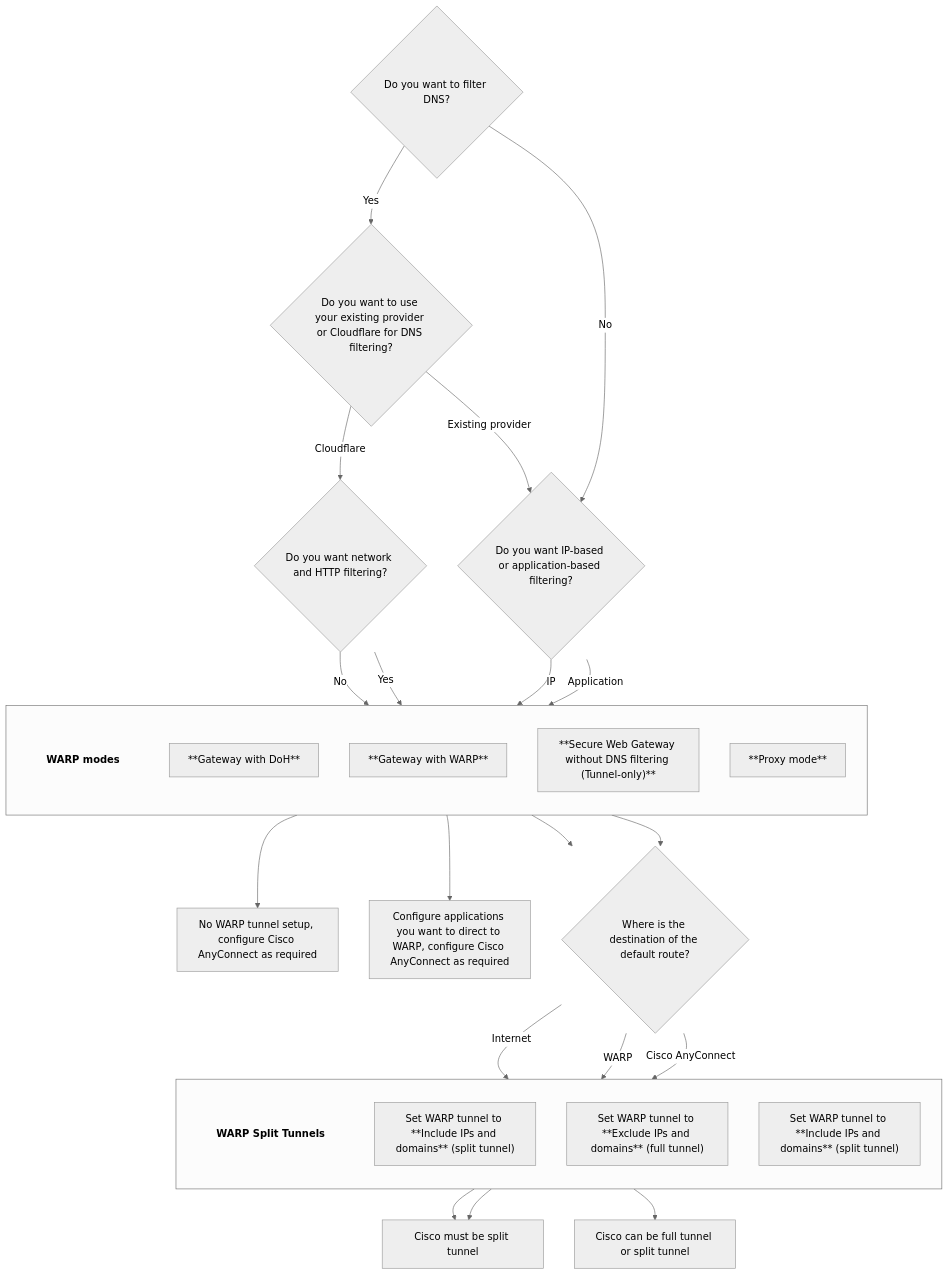
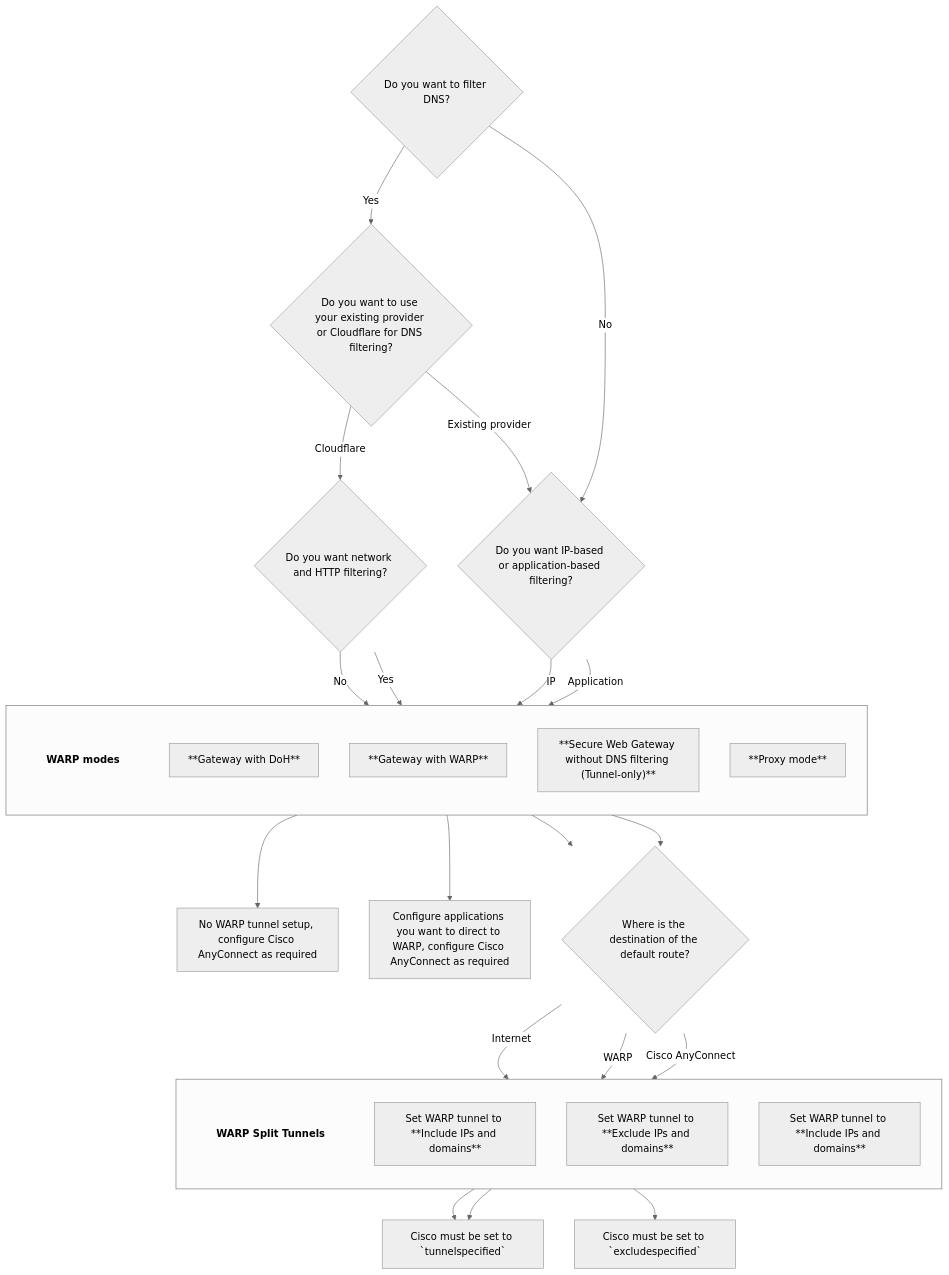
Before and after one commit to cloudflare/cloudflare-docs: the diagram in src/content/docs/cloudflare-one/team-and-resources/devices/warp/deployment/cisco.mdx, drawn with Mermaid (neutral theme). The commit also changed other lines of this file and 1 other file, not shown here.

````diff
--- a/src/content/docs/cloudflare-one/team-and-resources/devices/warp/deployment/cisco.mdx
+++ b/src/content/docs/cloudflare-one/team-and-resources/devices/warp/deployment/cisco.mdx
@@ -105,57 +101,56 @@
 ```mermaid
 flowchart TD
     A{"Do you want to filter DNS?"}
 
     A -- Yes --> B{"Do you want to use your existing provider or Cloudflare for DNS filtering?"}
     A -- No --> C{"Do you want IP-based or application-based filtering?"}
 
     B -- Cloudflare --> D{"Do you want network and HTTP filtering?"}
     B -- Existing provider --> C
 
     %% WARP modes (internal label)
     subgraph WM[" "]
         direction TB
         WMLabel["WARP modes"]:::sgLabel
         E["**Gateway with DoH**"]
         F["**Gateway with WARP**"]
         G["**Secure Web Gateway without DNS filtering (Tunnel-only)**"]
         H["**Proxy mode**"]
     end
 
     D -- No --> E
     D -- Yes --> F
 
     E --> E1["No WARP tunnel setup, configure Cisco AnyConnect as required"]
 
     C -- IP --> G
     C -- Application --> H
 
     H --> H1["Configure applications you want to direct to WARP, configure Cisco AnyConnect as required"]
 
     %% Routing decision applies when WARP tunnel is active
     F --> I{"Where is the destination of the default route?"}
     G --> I
 
     %% WARP Split Tunnels (internal label)
     subgraph ST[" "]
         direction TB
         STLabel["WARP Split Tunnels"]:::sgLabel
-        J["Set WARP tunnel to **Include IPs and domains** (split tunnel)"]
-        K["Set WARP tunnel to **Exclude IPs and domains** (full tunnel)"]
-        L["Set WARP tunnel to **Include IPs and domains** (split tunnel)"]
+        J["Set WARP tunnel to **Include IPs and domains**"]
+        K["Set WARP tunnel to **Exclude IPs and domains**"]
+        L["Set WARP tunnel to **Include IPs and domains**"]
     end
 
     I -- Internet --> J
     I -- WARP --> K
     I -- Cisco AnyConnect --> L
 
     %% Shared constraint
-    J --> S["Cisco must be split tunnel"]
+    J --> S["Cisco must be set to `tunnelspecified`"]
     K --> S
 
-    L --> L1["Cisco can be full tunnel or split tunnel"]
+    L --> L1["Cisco must be set to `excludespecified`"]
 
     %% Styling
     classDef sgLabel font-weight:bold,stroke:none,fill:none;
-
 ```
````
